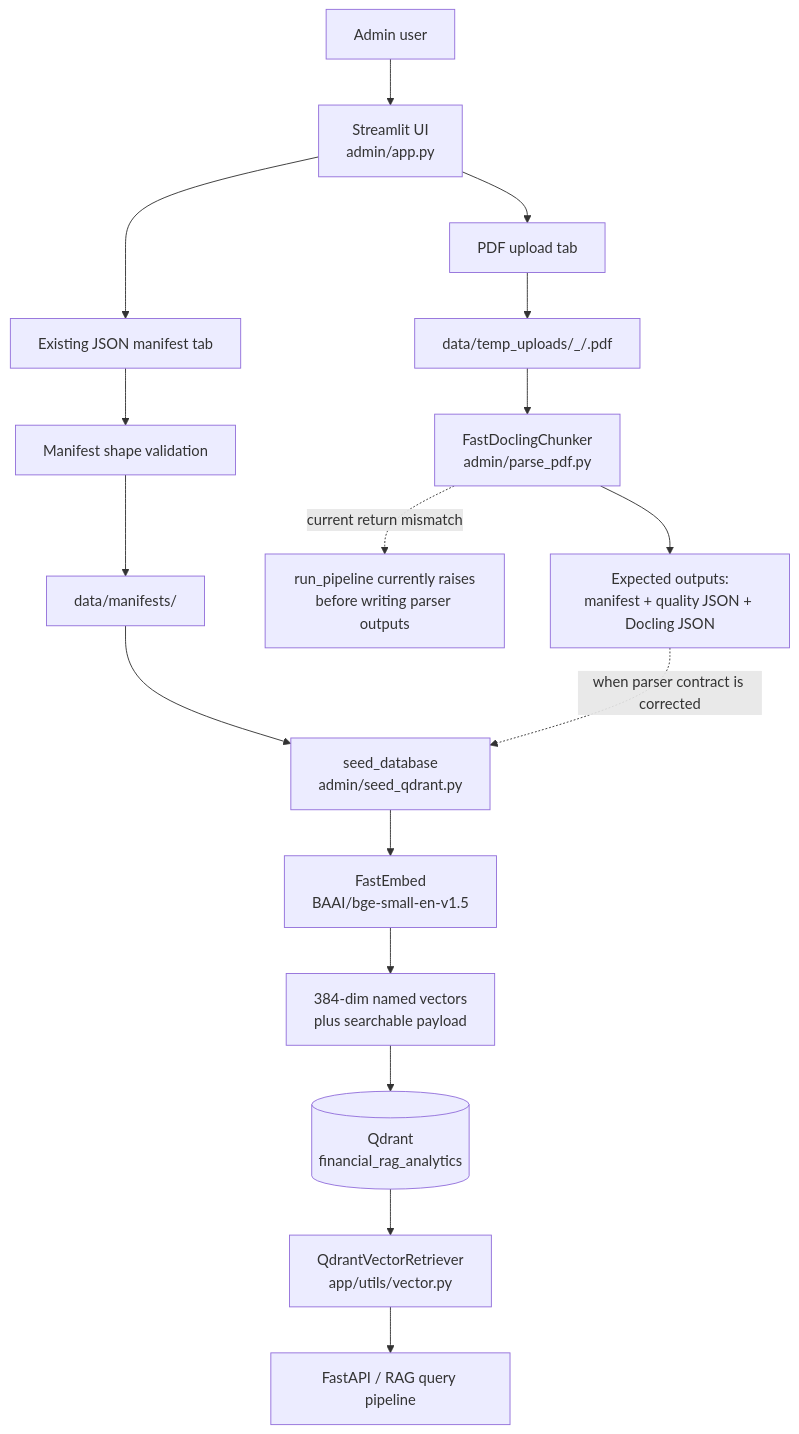
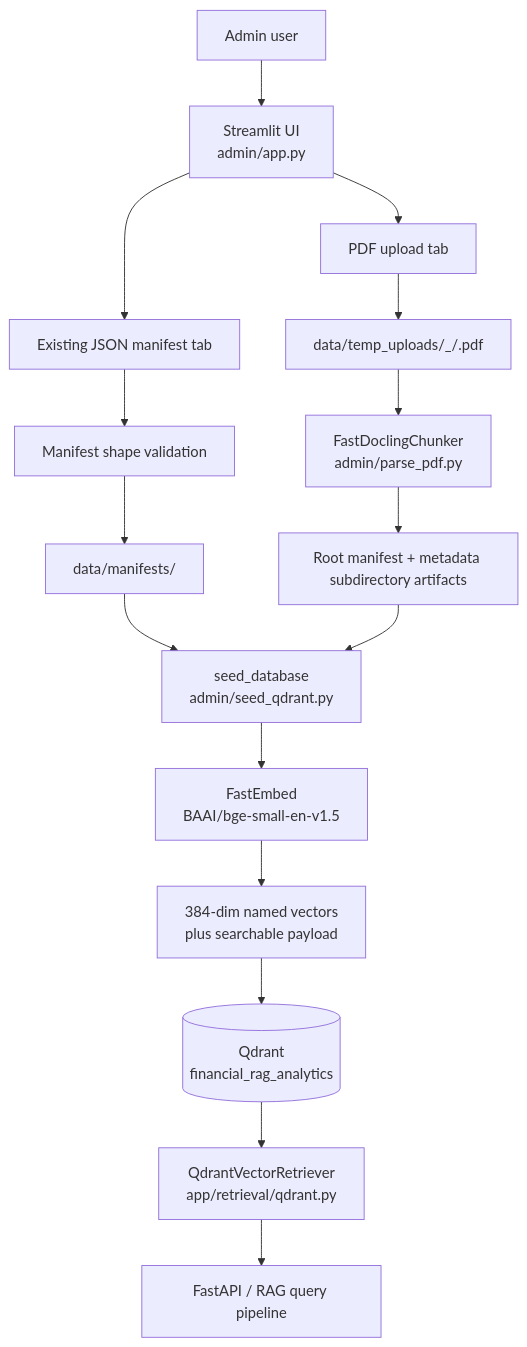
The first of 4 diagrams in z-Present/ADMIN_INGESTION_REPORT.md (nithinshettygit/financial-rag-chatbot), drawn with Mermaid before and after one commit. The commit also changed other lines of this file and 2504 other files, not shown here.

````diff
--- a/z-Present/ADMIN_INGESTION_REPORT.md
+++ b/z-Present/ADMIN_INGESTION_REPORT.md
@@ -27,22 +27,21 @@
 ```mermaid
 flowchart TD
     USER[Admin user] --> UI[Streamlit UI<br/>admin/app.py]
     UI --> PDF[PDF upload tab]
     UI --> MAN[Existing JSON manifest tab]
 
     PDF --> TMP[data/temp_uploads/<hash>_<index>/<file>.pdf]
     TMP --> PARSE[FastDoclingChunker<br/>admin/parse_pdf.py]
-    PARSE --> OUT[Expected outputs:<br/>manifest + quality JSON + Docling JSON]
-    PARSE -. current return mismatch .-> PARSEERR[run_pipeline currently raises<br/>before writing parser outputs]
+    PARSE --> OUT[Root manifest + metadata subdirectory artifacts]
 
     MAN --> VALIDATE[Manifest shape validation]
     VALIDATE --> SAVE[data/manifests/<uploaded filename>]
     SAVE --> SEED[seed_database<br/>admin/seed_qdrant.py]
-    OUT -. when parser contract is corrected .-> SEED
+    OUT --> SEED
 
     SEED --> EMB[FastEmbed<br/>BAAI/bge-small-en-v1.5]
     EMB --> POINTS[384-dim named vectors<br/>plus searchable payload]
     POINTS --> Q[(Qdrant<br/>financial_rag_analytics)]
-    Q --> RET[QdrantVectorRetriever<br/>app/utils/vector.py]
+    Q --> RET[QdrantVectorRetriever<br/>app/retrieval/qdrant.py]
     RET --> API[FastAPI / RAG query pipeline]
 ```
````
